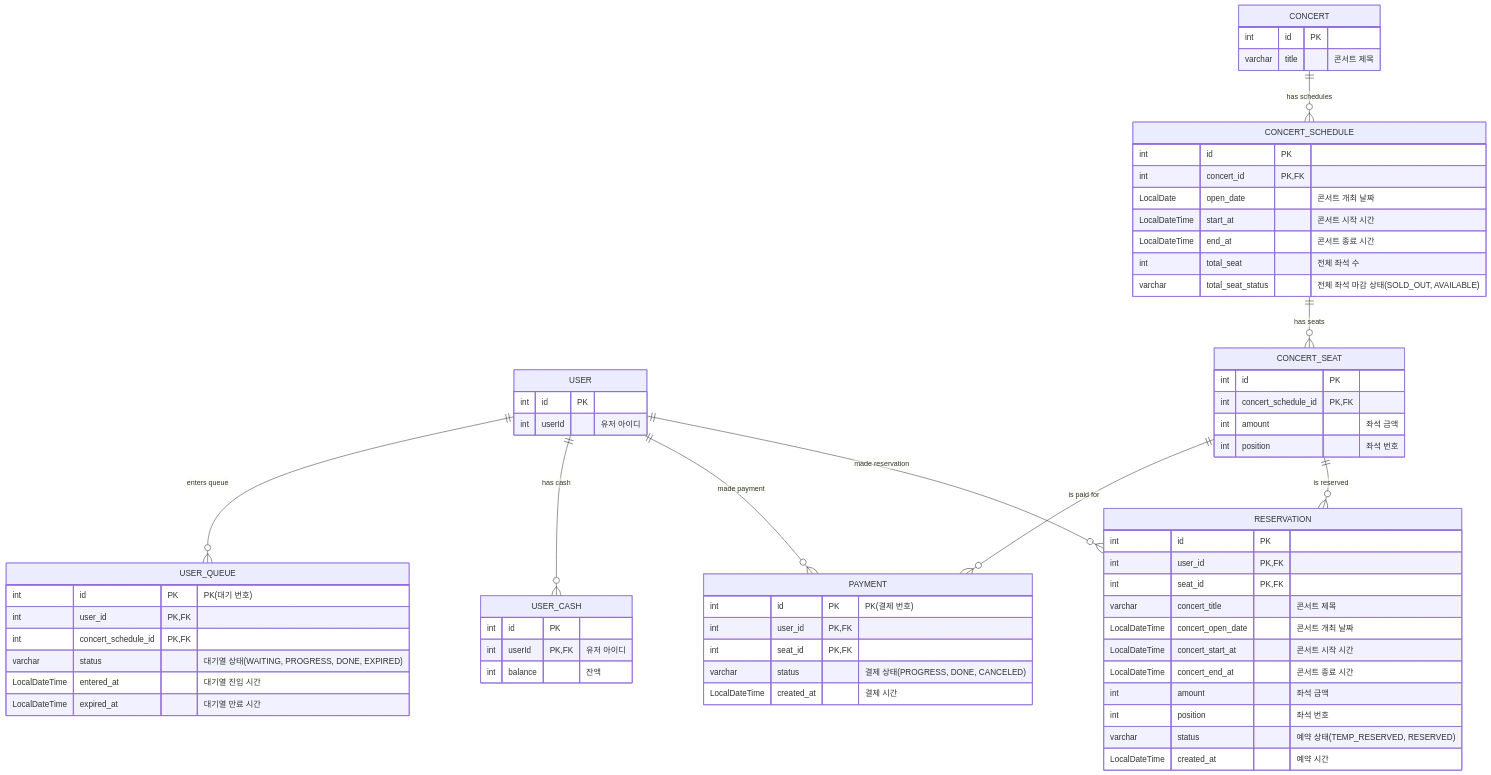
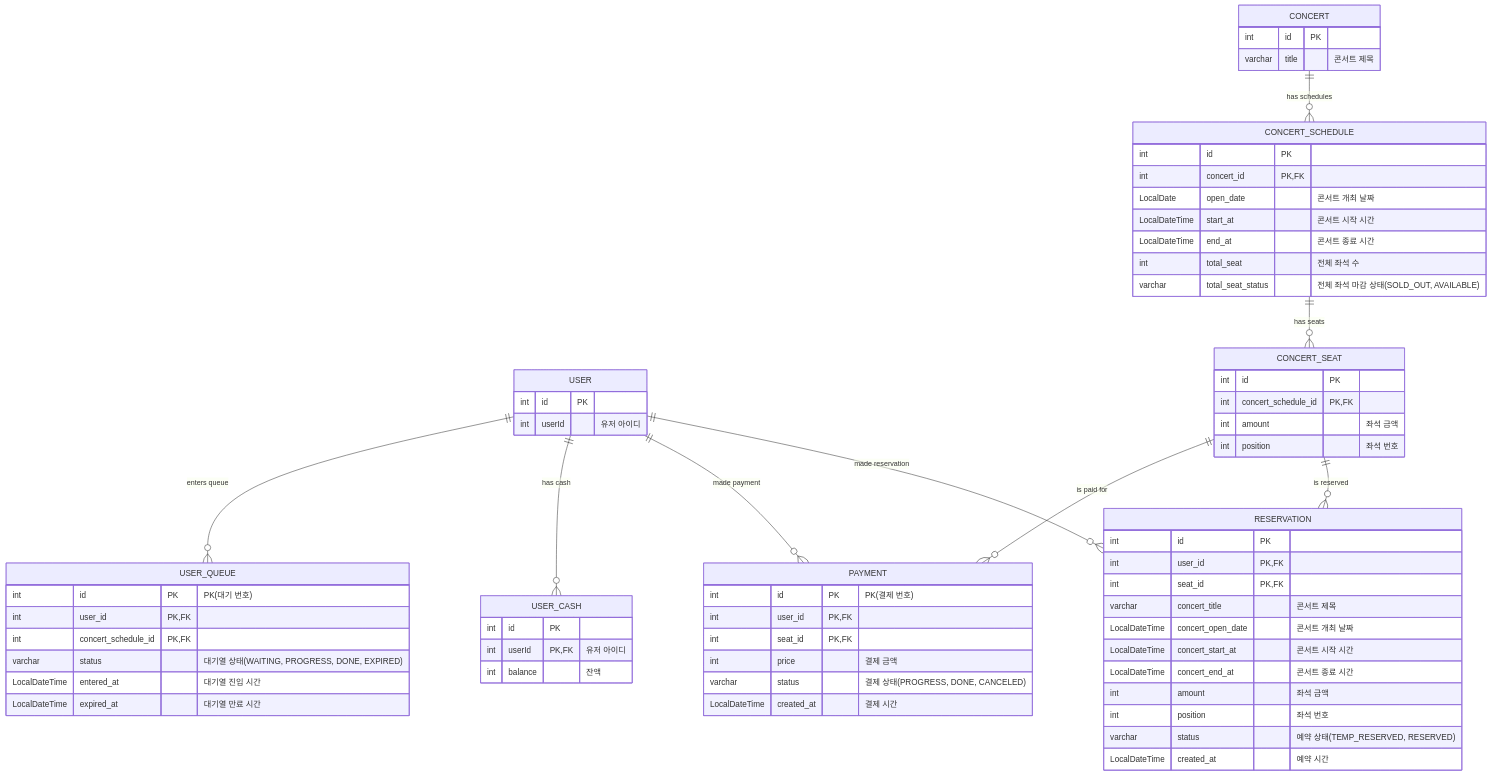
Before and after one commit to jikimee64/hhplus-concert: the diagram in docs/erd.md, drawn with Mermaid.

Commit message:
docs: ERD 수정

````diff
--- a/docs/erd.md
+++ b/docs/erd.md
@@ -4,75 +4,76 @@
 ```mermaid
 erDiagram
     USER_CASH {
         int id PK
         int userId PK,FK "유저 아이디"
         int balance "잔액"
     }
 
     USER {
         int id PK
         int userId "유저 아이디"
     }
 
     USER_QUEUE {
         int id PK "PK(대기 번호)"
         int user_id PK, FK
         int concert_schedule_id PK, FK
         varchar status "대기열 상태(WAITING, PROGRESS, DONE, EXPIRED)"
         LocalDateTime entered_at "대기열 진입 시간"
         LocalDateTime expired_at "대기열 만료 시간"
     }
 
     PAYMENT {
         int id PK "PK(결제 번호)"
         int user_id PK, FK
         int seat_id PK, FK
+        int price "결제 금액"
         varchar status "결제 상태(PROGRESS, DONE, CANCELED)"
         LocalDateTime created_at "결제 시간"
     }
 
     CONCERT {
         int id PK
         varchar title "콘서트 제목"
     }
 
     CONCERT_SCHEDULE {
         int id PK
         int concert_id PK, FK
         LocalDate open_date "콘서트 개최 날짜"
         LocalDateTime start_at "콘서트 시작 시간"
         LocalDateTime end_at "콘서트 종료 시간"
         int total_seat "전체 좌석 수"
         varchar total_seat_status "전체 좌석 마감 상태(SOLD_OUT, AVAILABLE)"
     }
 
     CONCERT_SEAT {
         int id PK
         int concert_schedule_id PK, FK
         int amount "좌석 금액"
         int position "좌석 번호"
     }
 
     RESERVATION {
         int id PK
         int user_id PK, FK
         int seat_id PK, FK
         varchar concert_title "콘서트 제목"
         LocalDateTime concert_open_date "콘서트 개최 날짜"
         LocalDateTime concert_start_at "콘서트 시작 시간"
         LocalDateTime concert_end_at "콘서트 종료 시간"
         int amount "좌석 금액"
         int position "좌석 번호"
         varchar status "예약 상태(TEMP_RESERVED, RESERVED)"
         LocalDateTime created_at "예약 시간"
     }
 
     CONCERT ||--o{ CONCERT_SCHEDULE: "has schedules"
     CONCERT_SCHEDULE ||--o{ CONCERT_SEAT: "has seats"
     USER ||--o{ USER_QUEUE: "enters queue"
     USER ||--o{ USER_CASH: "has cash"
     USER ||--o{ PAYMENT: "made payment"
     CONCERT_SEAT ||--o{ PAYMENT: "is paid for"
     USER ||--o{ RESERVATION: "made reservation"
     CONCERT_SEAT ||--o{ RESERVATION: "is reserved"
 ```
````
